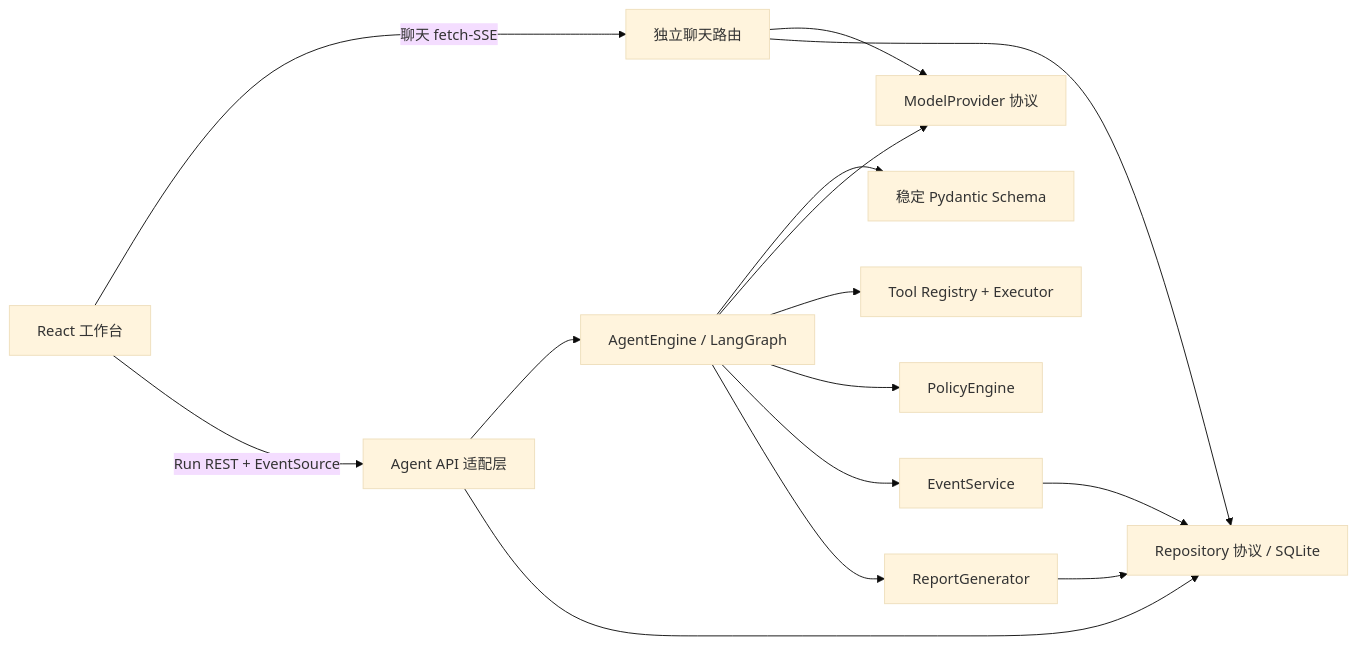
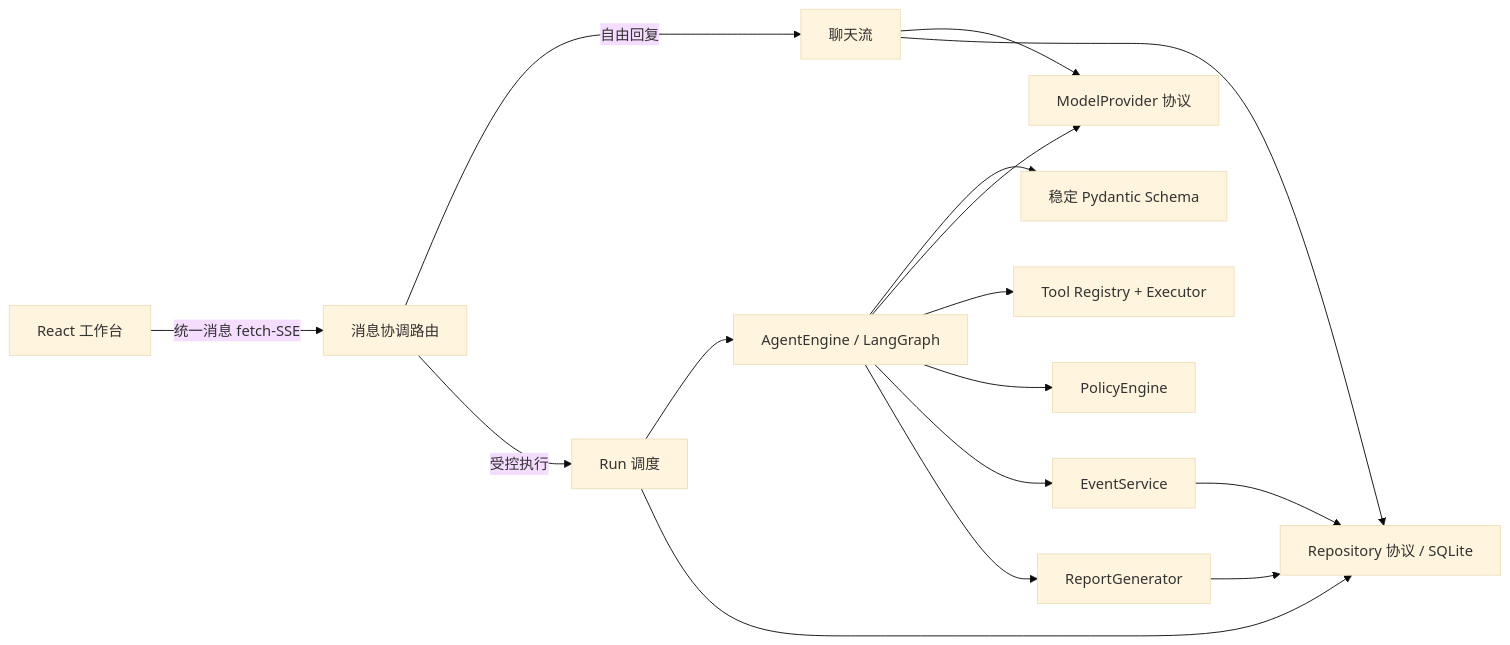
The first of 2 diagrams in docs/architecture.md (fuyao0612/gdaib-ctf-agent), drawn with Mermaid (base theme) before and after one commit. The commit also changed other lines of this file and 27 other files, not shown here.

````diff
--- a/docs/architecture.md
+++ b/docs/architecture.md
@@ -9,17 +9,18 @@
 ```mermaid
 flowchart LR
-  Web["React 工作台"] -->|聊天 fetch-SSE| Chat["独立聊天路由"]
-  Web -->|Run REST + EventSource| API["Agent API 适配层"]
+  Web["React 工作台"] -->|统一消息 fetch-SSE| Message["消息协调路由"]
+  Message -->|自由回复| Chat["聊天流"]
+  Message -->|受控执行| API["Run 调度"]
   Chat --> Provider["ModelProvider 协议"]
   Chat --> Repo["Repository 协议 / SQLite"]
   API --> Agent["AgentEngine / LangGraph"]
   API --> Repo["Repository 协议 / SQLite"]
   Agent --> Domain["稳定 Pydantic Schema"]
   Agent --> Provider
   Agent --> Tools["Tool Registry + Executor"]
   Agent --> Policy["PolicyEngine"]
   Agent --> Events["EventService"]
   Events --> Repo
   Agent --> Reports["ReportGenerator"]
   Reports --> Repo
 ```
````
